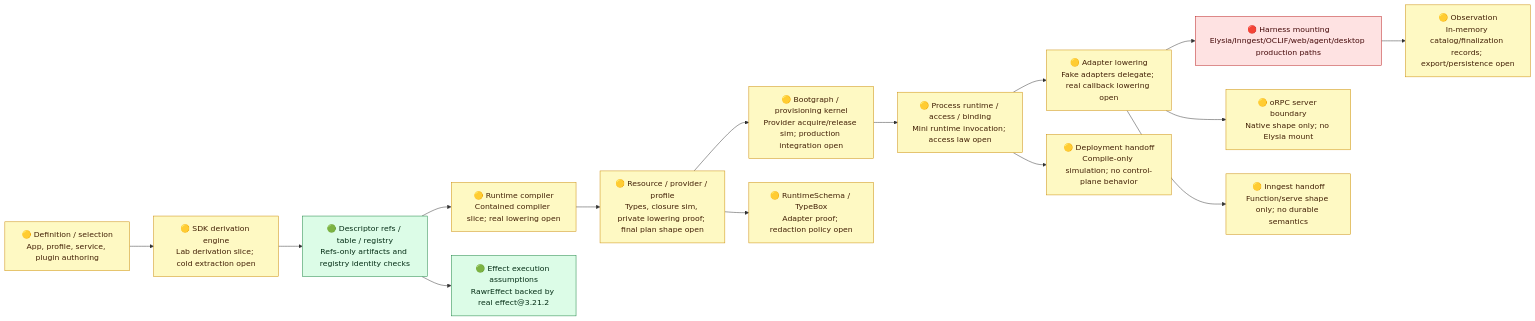
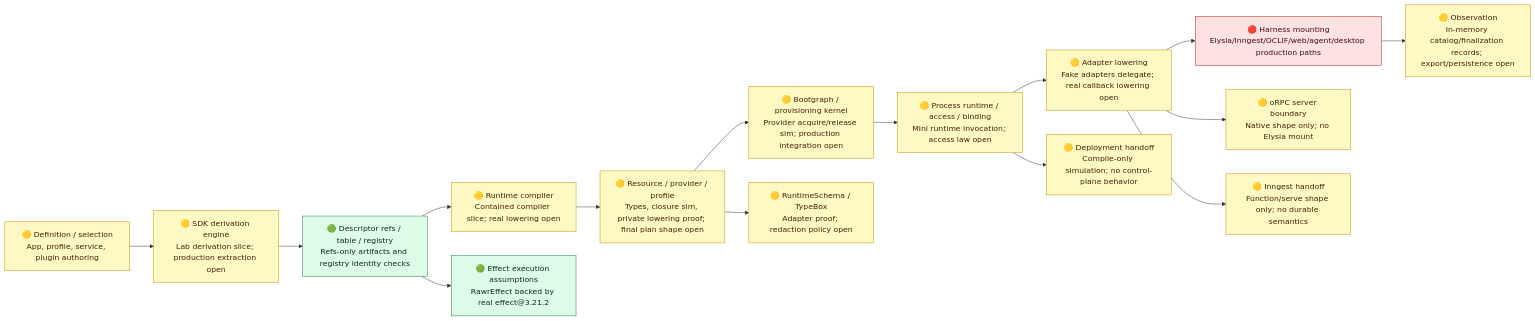
Before and after one commit to rawr-ai/rawr-hq-template: the diagram in tools/runtime-realization-type-env/evidence/runtime-spine-verification-diagnostic.md, drawn with Mermaid. The commit also changed other lines of this file and 14 other files, not shown here.

````diff
--- a/tools/runtime-realization-type-env/evidence/runtime-spine-verification-diagnostic.md
+++ b/tools/runtime-realization-type-env/evidence/runtime-spine-verification-diagnostic.md
@@ -19,25 +19,25 @@
 ```mermaid
 flowchart LR
-  A["🟡 Definition / selection<br/>App, profile, service, plugin authoring"] --> B["🟡 SDK derivation engine<br/>Lab derivation slice; cold extraction open"]
+  A["🟡 Definition / selection<br/>App, profile, service, plugin authoring"] --> B["🟡 SDK derivation engine<br/>Lab derivation slice; production extraction open"]
   B --> C["🟢 Descriptor refs / table / registry<br/>Refs-only artifacts and registry identity checks"]
   C --> D["🟡 Runtime compiler<br/>Contained compiler slice; real lowering open"]
   D --> E["🟡 Resource / provider / profile<br/>Types, closure sim, private lowering proof; final plan shape open"]
   E --> F["🟡 Bootgraph / provisioning kernel<br/>Provider acquire/release sim; production integration open"]
   F --> G["🟡 Process runtime / access / binding<br/>Mini runtime invocation; access law open"]
   G --> H["🟡 Adapter lowering<br/>Fake adapters delegate; real callback lowering open"]
   H --> I["🔴 Harness mounting<br/>Elysia/Inngest/OCLIF/web/agent/desktop production paths"]
   I --> J["🟡 Observation<br/>In-memory catalog/finalization records; export/persistence open"]
 
   C --> K["🟢 Effect execution assumptions<br/>RawrEffect backed by real effect@3.21.2"]
   E --> L["🟡 RuntimeSchema / TypeBox<br/>Adapter proof; redaction policy open"]
   H --> M["🟡 oRPC server boundary<br/>Native shape only; no Elysia mount"]
   H --> N["🟡 Inngest handoff<br/>Function/serve shape only; no durable semantics"]
   G --> O["🟡 Deployment handoff<br/>Compile-only simulation; no control-plane behavior"]
 
   classDef green fill:#dcfce7,stroke:#15803d,color:#052e16;
   classDef yellow fill:#fef9c3,stroke:#ca8a04,color:#422006;
   classDef red fill:#fee2e2,stroke:#b91c1c,color:#450a0a;
   class C,K green;
   class A,B,D,E,F,G,H,J,L,M,N,O yellow;
   class I red;
 ```
````
